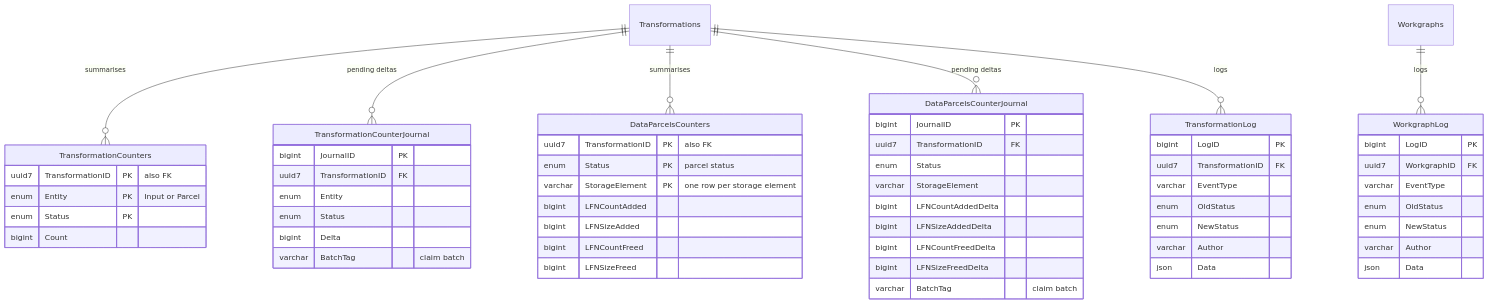
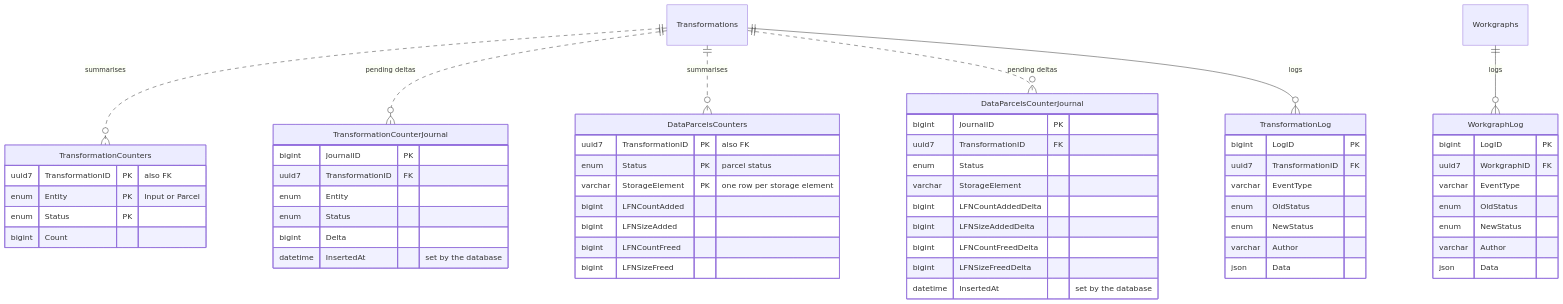
Before and after one commit to DIRACGrid/diracx: the third of 3 diagrams in docs/adr/DX-ADR-004_schema.md, drawn with Mermaid. The commit also changed other lines of this file and 2 other files, not shown here.

First line of the commit message:
docs(adr): align DX-ADR-004/005 with the TransformationDB schema review

````diff
--- a/docs/adr/DX-ADR-004_schema.md
+++ b/docs/adr/DX-ADR-004_schema.md
@@ -232,62 +232,62 @@
 ```mermaid
 erDiagram
-    Transformations ||--o{ TransformationCounters : summarises
-    Transformations ||--o{ TransformationCounterJournal : "pending deltas"
-    Transformations ||--o{ DataParcelsCounters : summarises
-    Transformations ||--o{ DataParcelsCounterJournal : "pending deltas"
+    Transformations ||..o{ TransformationCounters : summarises
+    Transformations ||..o{ TransformationCounterJournal : "pending deltas"
+    Transformations ||..o{ DataParcelsCounters : summarises
+    Transformations ||..o{ DataParcelsCounterJournal : "pending deltas"
     Transformations ||--o{ TransformationLog : logs
     Workgraphs ||--o{ WorkgraphLog : logs
 
     TransformationCounters {
         uuid7 TransformationID PK "also FK"
         enum Entity PK "Input or Parcel"
         enum Status PK
         bigint Count
     }
     TransformationCounterJournal {
         bigint JournalID PK
         uuid7 TransformationID FK
         enum Entity
         enum Status
         bigint Delta
-        varchar BatchTag "claim batch"
+        datetime InsertedAt "set by the database"
     }
     DataParcelsCounters {
         uuid7 TransformationID PK "also FK"
         enum Status PK "parcel status"
         varchar StorageElement PK "one row per storage element"
         bigint LFNCountAdded
         bigint LFNSizeAdded
         bigint LFNCountFreed
         bigint LFNSizeFreed
     }
     DataParcelsCounterJournal {
         bigint JournalID PK
         uuid7 TransformationID FK
         enum Status
         varchar StorageElement
         bigint LFNCountAddedDelta
         bigint LFNSizeAddedDelta
         bigint LFNCountFreedDelta
         bigint LFNSizeFreedDelta
-        varchar BatchTag "claim batch"
+        datetime InsertedAt "set by the database"
     }
     TransformationLog {
         bigint LogID PK
         uuid7 TransformationID FK
         varchar EventType
         enum OldStatus
         enum NewStatus
         varchar Author
         json Data
     }
     WorkgraphLog {
         bigint LogID PK
         uuid7 WorkgraphID FK
         varchar EventType
         enum OldStatus
         enum NewStatus
         varchar Author
         json Data
     }
 ```
````
